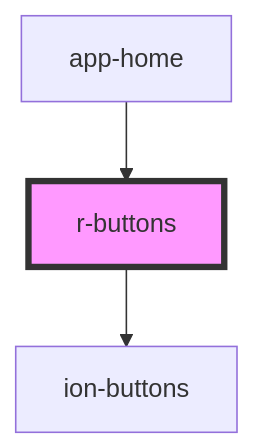
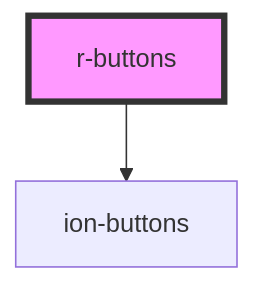
Before and after one commit to refactico/design-system: the diagram in src/components/r-buttons/readme.md, drawn with Mermaid. The commit also changed other lines of this file and 27 other files, not shown here.

First line of the commit message:
chore: update component dependencies and documentation for app-home

````diff
--- a/src/components/r-buttons/readme.md
+++ b/src/components/r-buttons/readme.md
@@ -81,6 +77,5 @@
 ```mermaid
 graph TD;
   r-buttons --> ion-buttons
-  app-home --> r-buttons
   style r-buttons fill:#f9f,stroke:#333,stroke-width:4px
 ```
````
